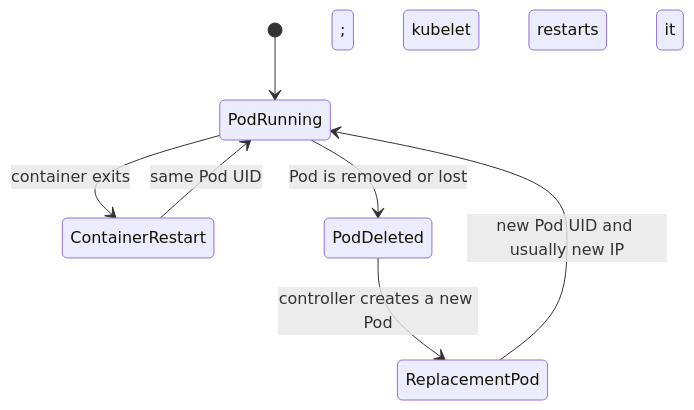
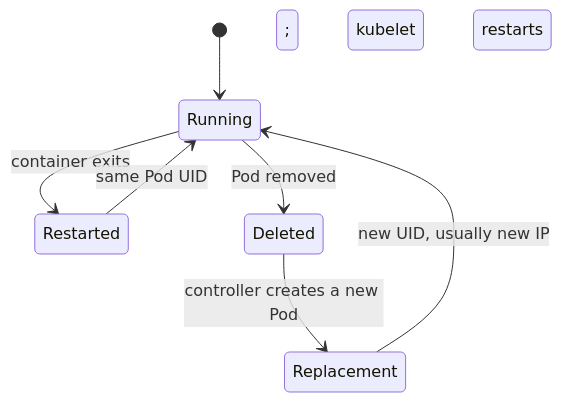
One commit to darshan-raul/apollo11-docs changed the diagram in docs/learn/cluster/pod-lifecycle.md. Above: the diagram before and after it, drawn with Mermaid. The commit also changed other lines of this file and 55 other files, not shown here.

````diff
--- a/docs/learn/cluster/pod-lifecycle.md
+++ b/docs/learn/cluster/pod-lifecycle.md
@@ -45,9 +27,9 @@
-~~~mermaid
+```mermaid
 stateDiagram-v2
-  [*] --> PodRunning
-  PodRunning --> ContainerRestart: container exits; kubelet restarts it
-  ContainerRestart --> PodRunning: same Pod UID
-  PodRunning --> PodDeleted: Pod is removed or lost
-  PodDeleted --> ReplacementPod: controller creates a new Pod
-  ReplacementPod --> PodRunning: new Pod UID and usually new IP
-~~~
+  [*] --> Running
+  Running --> Restarted: container exits; kubelet restarts
+  Restarted --> Running: same Pod UID
+  Running --> Deleted: Pod removed
+  Deleted --> Replacement: controller creates a new Pod
+  Replacement --> Running: new UID, usually new IP
+```
````
